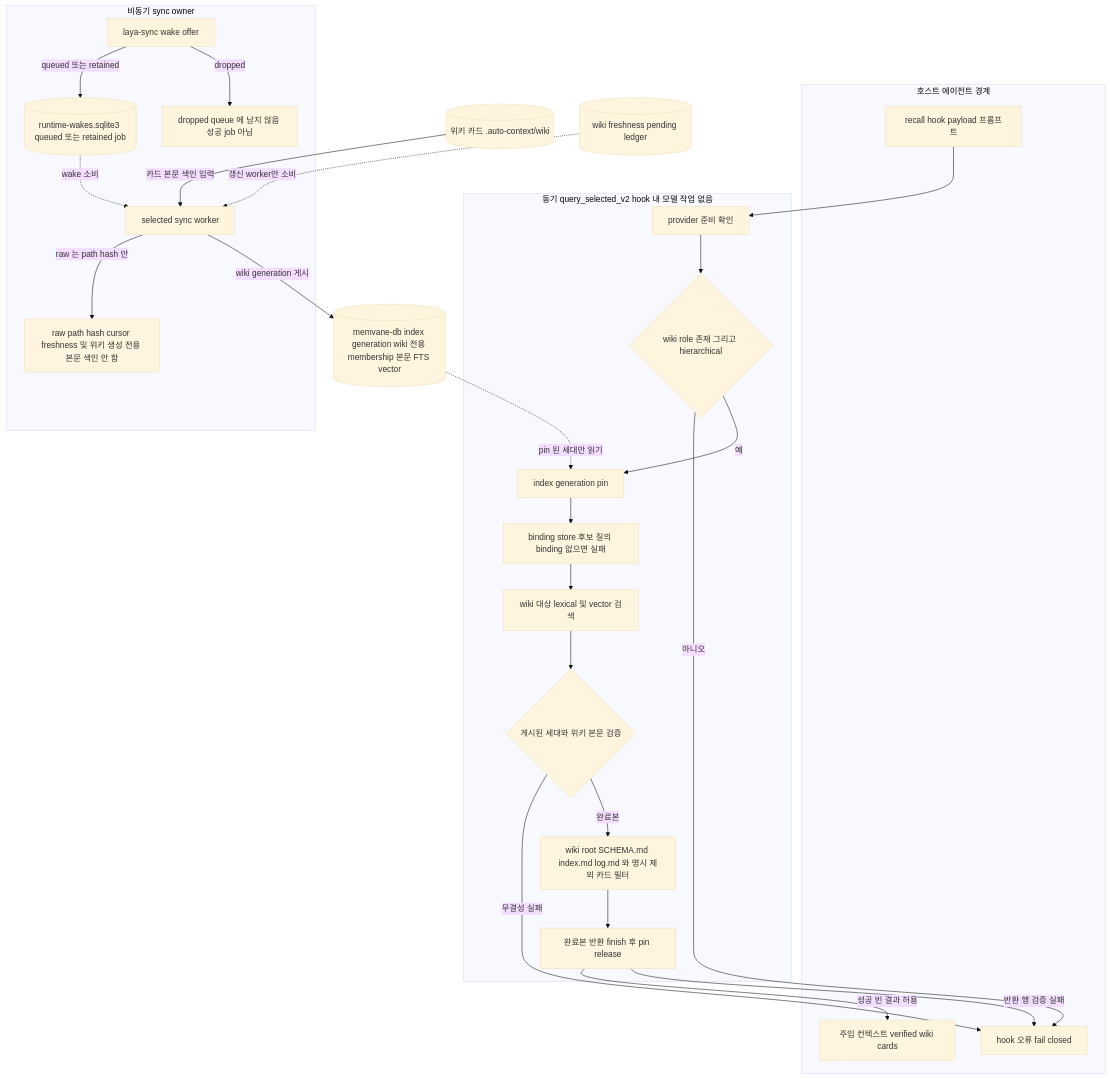
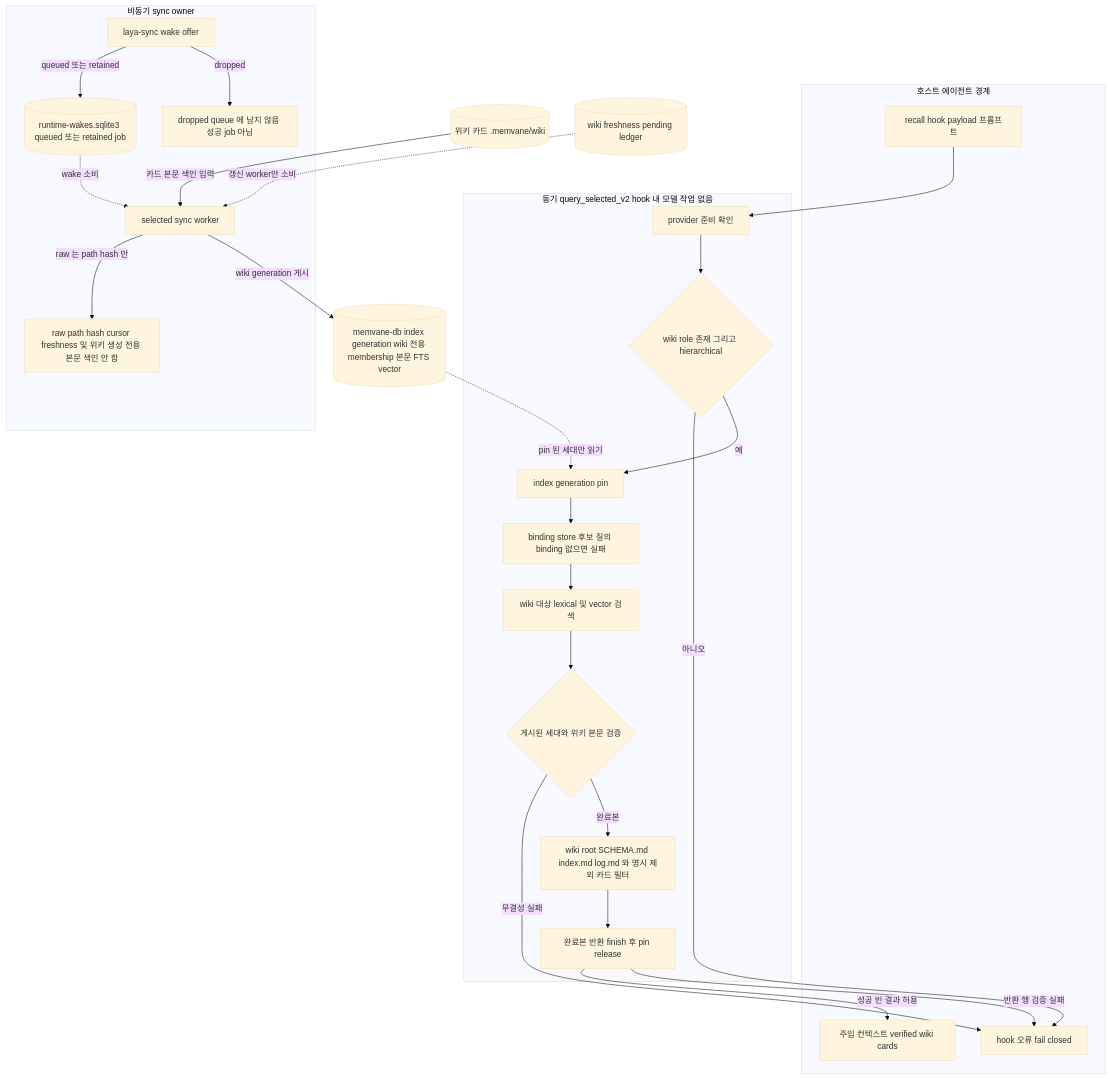
One commit to zbdulee/memvane changed the diagram in docs/architecture/flows/03-wiki-index-search.md. Above: the diagram before and after it, drawn with Mermaid (base theme). The commit also changed 30 other files, not shown here.

````diff
--- a/docs/architecture/flows/03-wiki-index-search.md
+++ b/docs/architecture/flows/03-wiki-index-search.md
@@ -13,49 +13,49 @@
 ```mermaid
 flowchart TD
   subgraph HOST["호스트 에이전트 경계"]
     UP["recall hook payload 프롬프트"]
     CTX["주입 컨텍스트 verified wiki cards"]
     ERR["hook 오류 fail closed"]
   end
   subgraph Q["동기 query_selected_v2 hook 내 모델 작업 없음"]
     PV["provider 준비 확인"]
     WR{"wiki role 존재 그리고 hierarchical"}
     PN["index generation pin"]
     CB["binding store 후보 질의 binding 없으면 실패"]
     PH["wiki 대상 lexical 및 vector 검색"]
     PD{"게시된 세대와 위키 본문 검증"}
     FT["wiki root SCHEMA.md index.md log.md 와 명시 제외 카드 필터"]
     DV["완료본 반환 finish 후 pin release"]
   end
   subgraph ASY["비동기 sync owner"]
     WK["laya-sync wake offer"]
     WQ[("runtime-wakes.sqlite3 queued 또는 retained job")]
     DR["dropped queue 에 남지 않음 성공 job 아님"]
     SW["selected sync worker"]
     RS["raw path hash cursor freshness 및 위키 생성 전용 본문 색인 안 함"]
   end
   IX[("memvane-db index generation wiki 전용 membership 본문 FTS vector")]
-  WC[("위키 카드 .auto-context/wiki")]
+  WC[("위키 카드 .memvane/wiki")]
   PL[("wiki freshness pending ledger")]
 
   UP --> PV
   PV --> WR
   WR -->|"아니오"| ERR
   WR -->|"예"| PN
   PN --> CB
   CB --> PH
   PH --> PD
   IX -.->|"pin 된 세대만 읽기"| PN
   PL -.->|"갱신 worker만 소비"| SW
   PD -->|"무결성 실패"| ERR
   PD -->|"완료본"| FT
   FT --> DV
   DV -->|"성공 빈 결과 허용"| CTX
   DV -->|"반환 행 검증 실패"| ERR
   WK -->|"queued 또는 retained"| WQ
   WK -->|"dropped"| DR
   WQ -.->|"wake 소비"| SW
   WC -->|"카드 본문 색인 입력"| SW
   SW -->|"raw 는 path hash 만"| RS
   SW -->|"wiki generation 게시"| IX
 ```
````
